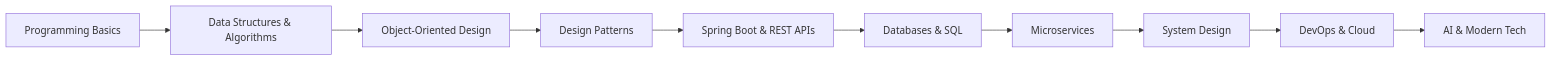
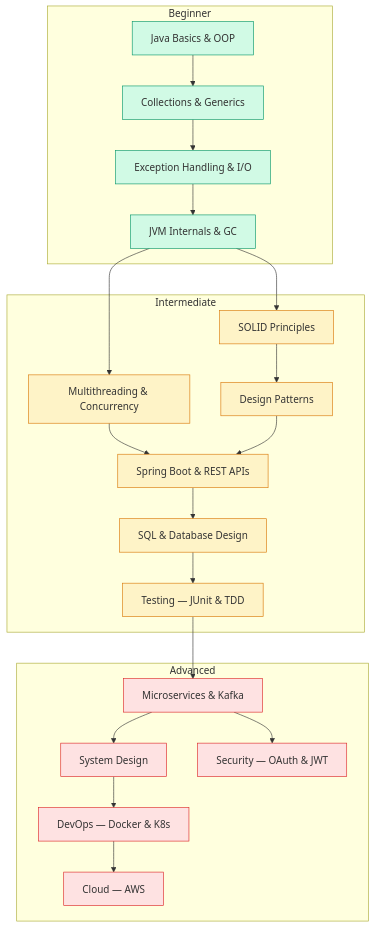
One commit to saivamsikaruturi/vamsilabs-dev-notes-main changed the diagram in docs/learning.md. Above: the diagram before and after it, drawn with Mermaid. The commit also changed other lines of this file and 494 other files, not shown here.

````diff
--- a/docs/learning.md
+++ b/docs/learning.md
@@ -63,12 +63,42 @@
 ```mermaid
-graph LR
-    A[Programming Basics] --> B[Data Structures & Algorithms]
-    B --> C[Object-Oriented Design]
-    C --> D[Design Patterns]
-    D --> E[Spring Boot & REST APIs]
-    E --> F[Databases & SQL]
-    F --> G[Microservices]
-    G --> H[System Design]
-    H --> I[DevOps & Cloud]
-    I --> J[AI & Modern Tech]
+graph TD
+    subgraph Beginner
+        A[Java Basics & OOP] --> B[Collections & Generics]
+        B --> C[Exception Handling & I/O]
+        C --> D[JVM Internals & GC]
+    end
+
+    subgraph Intermediate
+        D --> E[Multithreading & Concurrency]
+        D --> F[SOLID Principles]
+        F --> G[Design Patterns]
+        E --> H[Spring Boot & REST APIs]
+        G --> H
+        H --> I[SQL & Database Design]
+        I --> J[Testing — JUnit & TDD]
+    end
+
+    subgraph Advanced
+        J --> K[Microservices & Kafka]
+        K --> L[System Design]
+        L --> M[DevOps — Docker & K8s]
+        M --> N[Cloud — AWS]
+        K --> O[Security — OAuth & JWT]
+    end
+
+    style A fill:#d1fae5,stroke:#059669
+    style B fill:#d1fae5,stroke:#059669
+    style C fill:#d1fae5,stroke:#059669
+    style D fill:#d1fae5,stroke:#059669
+    style E fill:#fef3c7,stroke:#d97706
+    style F fill:#fef3c7,stroke:#d97706
+    style G fill:#fef3c7,stroke:#d97706
+    style H fill:#fef3c7,stroke:#d97706
+    style I fill:#fef3c7,stroke:#d97706
+    style J fill:#fef3c7,stroke:#d97706
+    style K fill:#fee2e2,stroke:#dc2626
+    style L fill:#fee2e2,stroke:#dc2626
+    style M fill:#fee2e2,stroke:#dc2626
+    style N fill:#fee2e2,stroke:#dc2626
+    style O fill:#fee2e2,stroke:#dc2626
 ```
````
